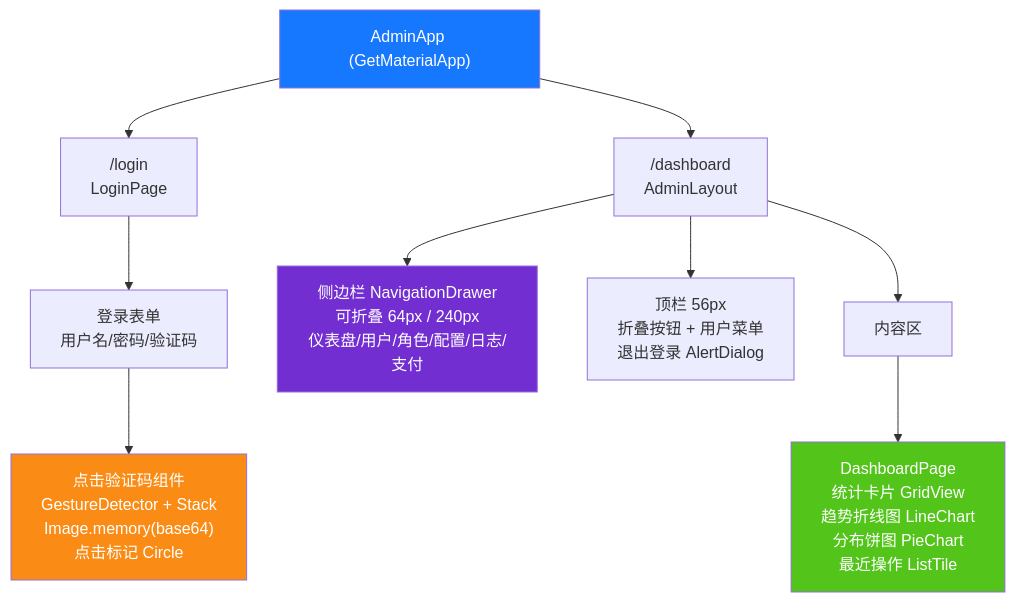
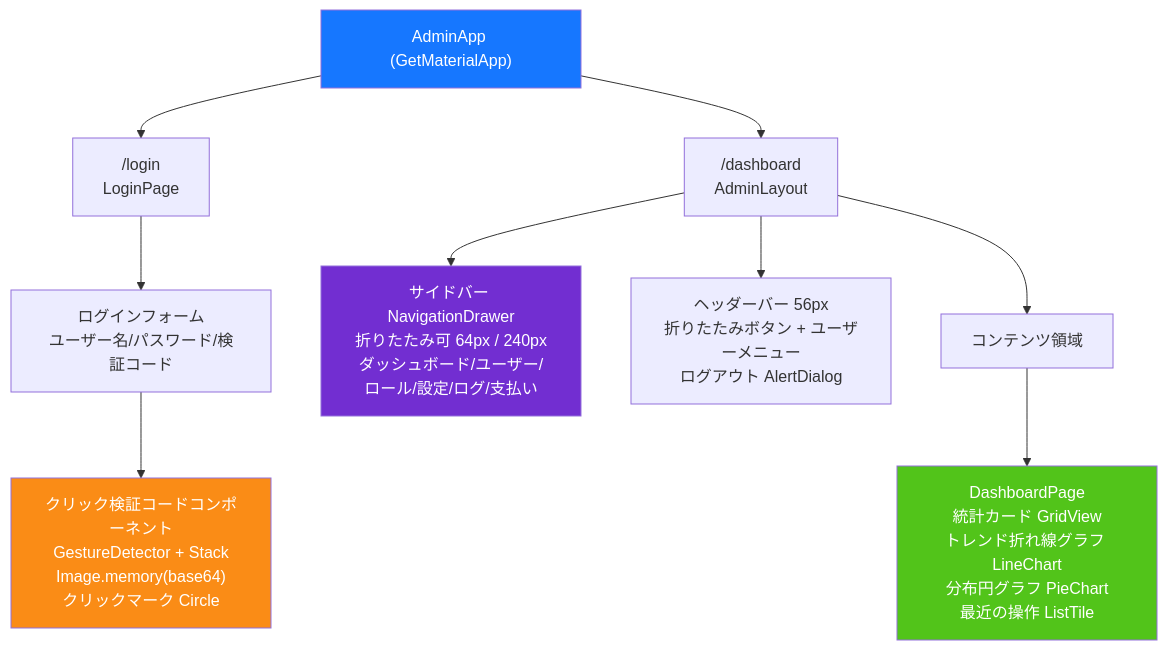
One commit to erikwang2013/game-platform-php changed diagram 11 of 14 in admin/docs/ARCHITECTURE.ja.md. Above: the diagram before and after it, drawn with Mermaid. The commit also changed other lines of this file and 211 other files, not shown here.

First line of the commit message:
fix: 支付配置读回类型根治、提现事件对账巡检，12 语族 mermaid 与 API 标签本地化

````diff
--- a/admin/docs/ARCHITECTURE.ja.md
+++ b/admin/docs/ARCHITECTURE.ja.md
@@ -549,19 +549,19 @@
 ```mermaid
 flowchart TD
     APP["AdminApp (GetMaterialApp)"]
     APP --> LP["/login<br/>LoginPage"]
     APP --> DB["/dashboard<br/>AdminLayout"]
 
-    LP --> LF["登录表单<br/>用户名/密码/验证码"]
-    LF --> CAPTCHA["点击验证码组件<br/>GestureDetector + Stack<br/>Image.memory(base64)<br/>点击标记 Circle"]
+    LP --> LF["ログインフォーム<br/>ユーザー名/パスワード/検証コード"]
+    LF --> CAPTCHA["クリック検証コードコンポーネント<br/>GestureDetector + Stack<br/>Image.memory(base64)<br/>クリックマーク Circle"]
 
-    DB --> SIDEBAR["侧边栏 NavigationDrawer<br/>可折叠 64px / 240px<br/>仪表盘/用户/角色/配置/日志/支付"]
-    DB --> HEADER["顶栏 56px<br/>折叠按钮 + 用户菜单<br/>退出登录 AlertDialog"]
-    DB --> CONTENT["内容区"]
-    CONTENT --> DASH["DashboardPage<br/>统计卡片 GridView<br/>趋势折线图 LineChart<br/>分布饼图 PieChart<br/>最近操作 ListTile"]
+    DB --> SIDEBAR["サイドバー NavigationDrawer<br/>折りたたみ可 64px / 240px<br/>ダッシュボード/ユーザー/ロール/設定/ログ/支払い"]
+    DB --> HEADER["ヘッダーバー 56px<br/>折りたたみボタン + ユーザーメニュー<br/>ログアウト AlertDialog"]
+    DB --> CONTENT["コンテンツ領域"]
+    CONTENT --> DASH["DashboardPage<br/>統計カード GridView<br/>トレンド折れ線グラフ LineChart<br/>分布円グラフ PieChart<br/>最近の操作 ListTile"]
 
     style APP fill:#1677FF,color:#fff
     style CAPTCHA fill:#FA8C16,color:#fff
     style SIDEBAR fill:#722ED1,color:#fff
     style DASH fill:#52C41A,color:#fff
 ```
````
